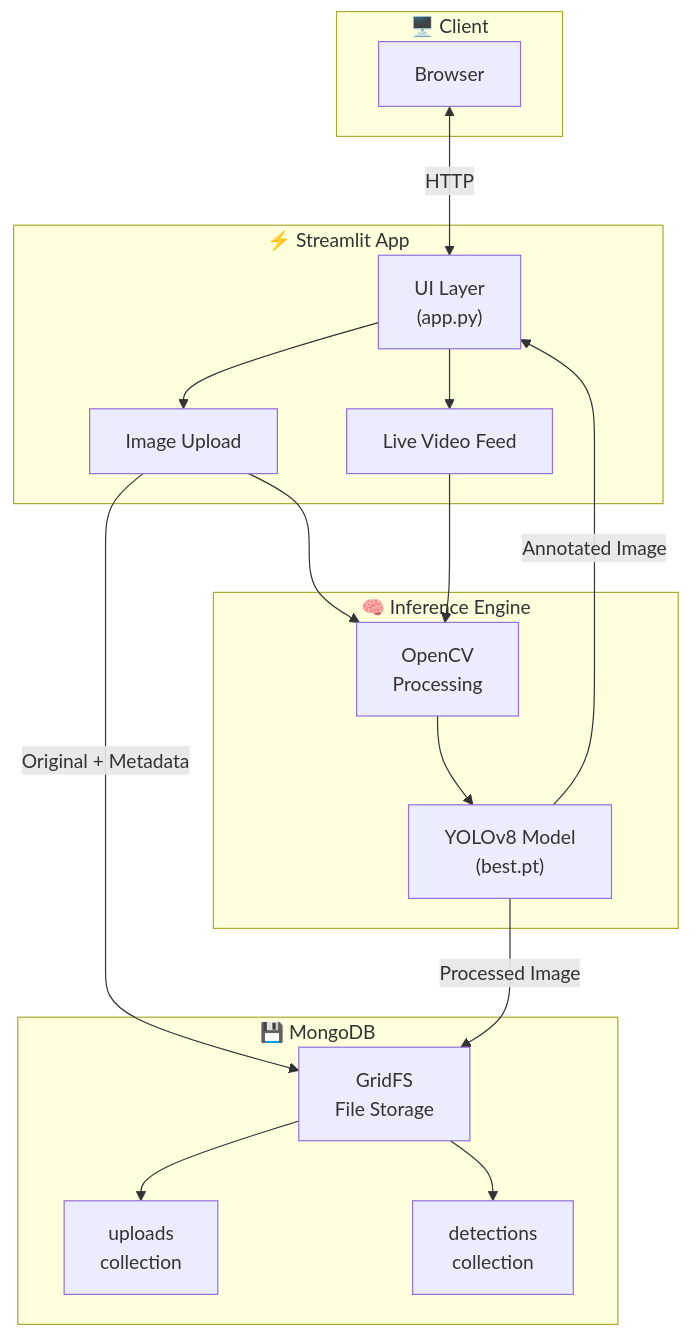
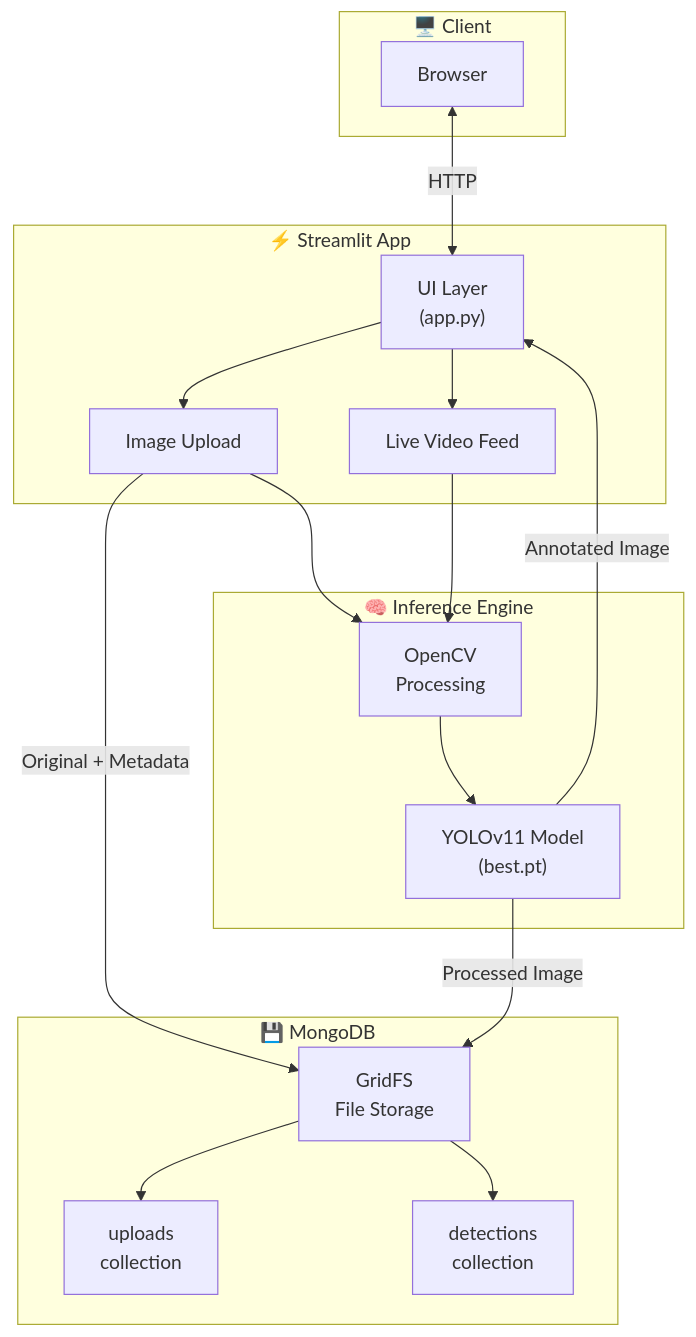
Before and after one commit to ibikigosu/Streamlit-Intelligent-Weed-Detection: the diagram in README.md, drawn with Mermaid. The commit also changed other lines of this file, not shown here.

Commit message:
Update README to reflect upgrade from YOLOv8 to YOLOv11, including changes to model references and badge updates.

````diff
--- a/README.md
+++ b/README.md
@@ -30,35 +30,35 @@
 ```mermaid
 flowchart TB
     subgraph Client["🖥️ Client"]
         Browser["Browser"]
     end
 
     subgraph Streamlit["⚡ Streamlit App"]
         UI["UI Layer<br/>(app.py)"]
         Upload["Image Upload"]
         Webcam["Live Video Feed"]
     end
 
     subgraph Inference["🧠 Inference Engine"]
-        YOLO["YOLOv8 Model<br/>(best.pt)"]
+        YOLO["YOLOv11 Model<br/>(best.pt)"]
         OpenCV["OpenCV<br/>Processing"]
     end
 
     subgraph Storage["💾 MongoDB"]
         GridFS["GridFS<br/>File Storage"]
         Uploads["uploads<br/>collection"]
         Detections["detections<br/>collection"]
     end
 
     Browser <-->|HTTP| UI
     UI --> Upload
     UI --> Webcam
     Upload --> OpenCV
     Webcam --> OpenCV
     OpenCV --> YOLO
     YOLO -->|Annotated Image| UI
     Upload -->|Original + Metadata| GridFS
     YOLO -->|Processed Image| GridFS
     GridFS --> Uploads
     GridFS --> Detections
 ```
````
